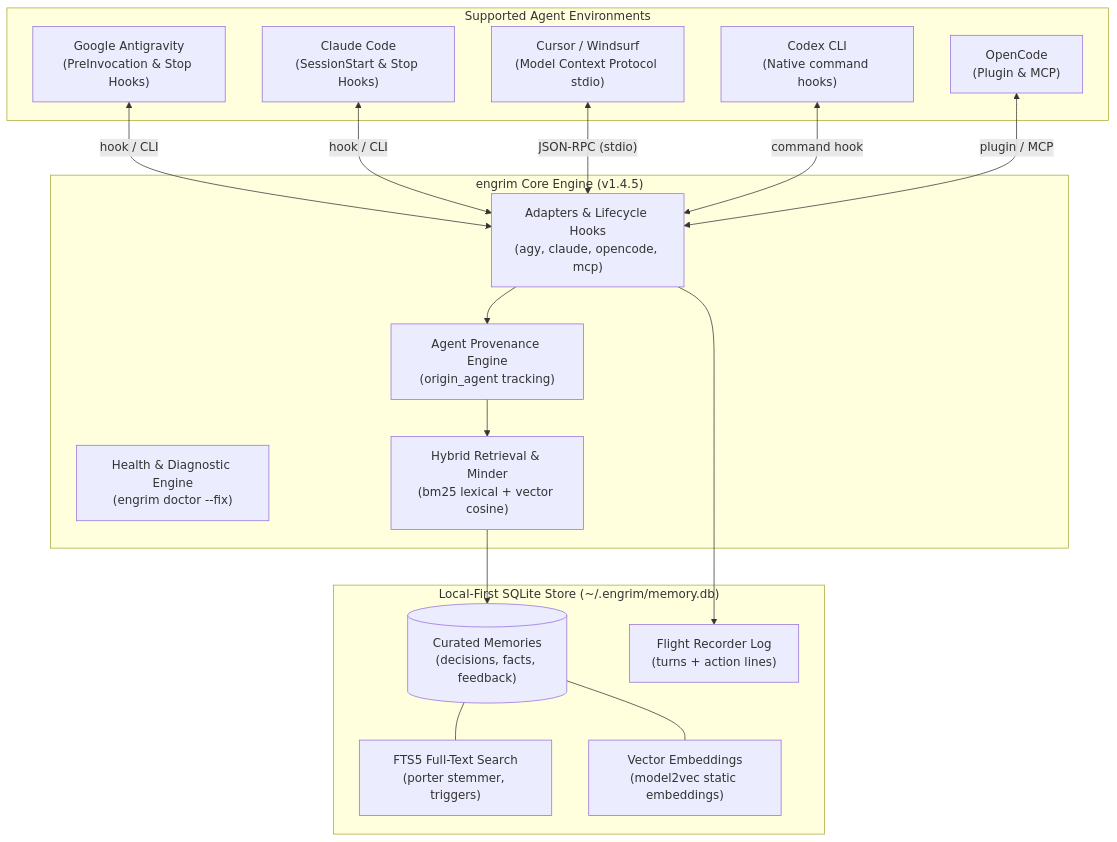
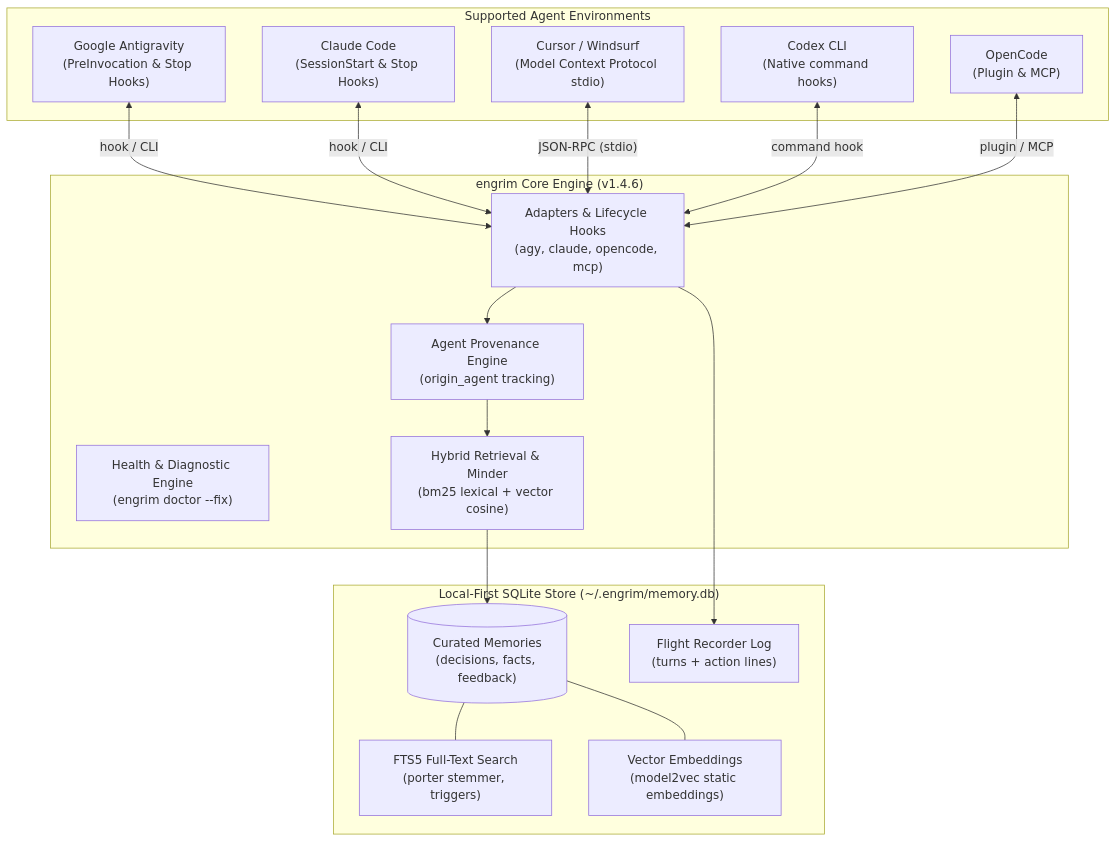
Before and after one commit to HinchK/engrim: the diagram in README.md, drawn with Mermaid. The commit also changed 7 other files, not shown here.

````diff
--- a/README.md
+++ b/README.md
@@ -73,36 +73,36 @@
 ```mermaid
 graph TD
     subgraph Agents ["Supported Agent Environments"]
         AGY["Google Antigravity<br/>(PreInvocation & Stop Hooks)"]
         CLAUDE["Claude Code<br/>(SessionStart & Stop Hooks)"]
         CURSOR["Cursor / Windsurf<br/>(Model Context Protocol stdio)"]
         CODEX["Codex CLI<br/>(Native command hooks)"]
         OPENCODE["OpenCode<br/>(Plugin & MCP)"]
     end
 
-    subgraph CoreEngine ["engrim Core Engine (v1.4.5)"]
+    subgraph CoreEngine ["engrim Core Engine (v1.4.6)"]
         ADAPTERS["Adapters & Lifecycle Hooks<br/>(agy, claude, opencode, mcp)"]
         DOCTOR["Health & Diagnostic Engine<br/>(engrim doctor --fix)"]
         PROVENANCE["Agent Provenance Engine<br/>(origin_agent tracking)"]
         ROUTER["Hybrid Retrieval & Minder<br/>(bm25 lexical + vector cosine)"]
     end
 
     subgraph Storage ["Local-First SQLite Store (~/.engrim/memory.db)"]
         MEMORIES[("Curated Memories<br/>(decisions, facts, feedback)")]
         FTS5["FTS5 Full-Text Search<br/>(porter stemmer, triggers)"]
         VEC["Vector Embeddings<br/>(model2vec static embeddings)"]
         LOG["Flight Recorder Log<br/>(turns + action lines)"]
     end
 
     AGY <-->|"hook / CLI"| ADAPTERS
     CLAUDE <-->|"hook / CLI"| ADAPTERS
     CURSOR <-->|"JSON-RPC (stdio)"| ADAPTERS
     CODEX <-->|"command hook"| ADAPTERS
     OPENCODE <-->|"plugin / MCP"| ADAPTERS
     ADAPTERS --> PROVENANCE
     PROVENANCE --> ROUTER
     ROUTER --> MEMORIES
     MEMORIES --- FTS5
     MEMORIES --- VEC
     ADAPTERS --> LOG
 ```
````
